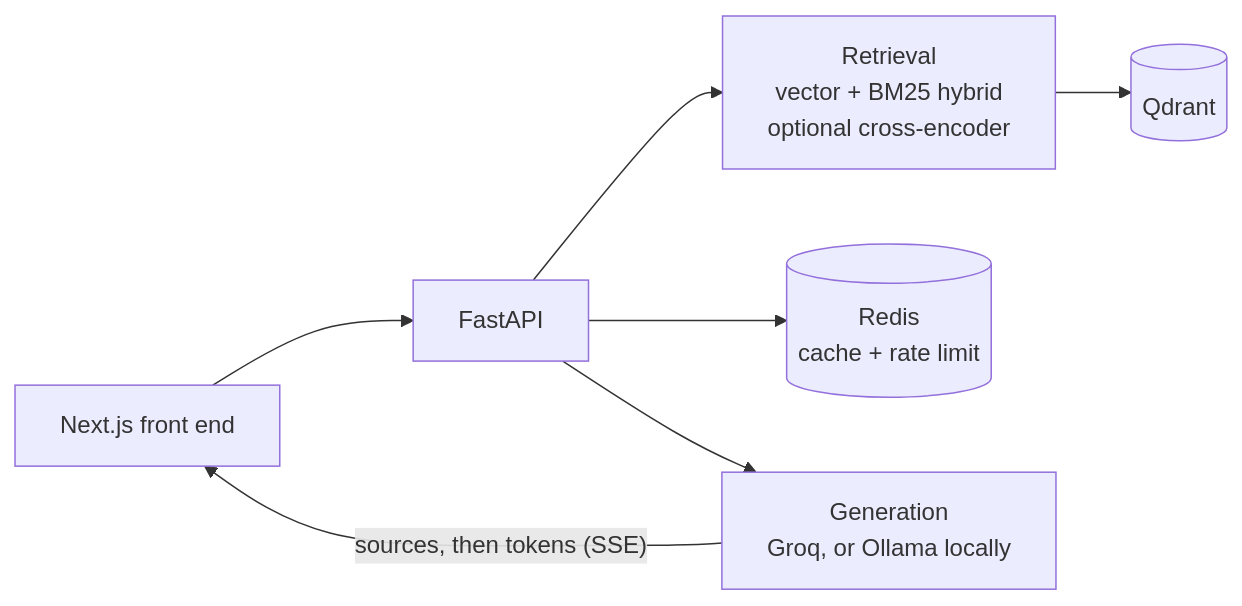
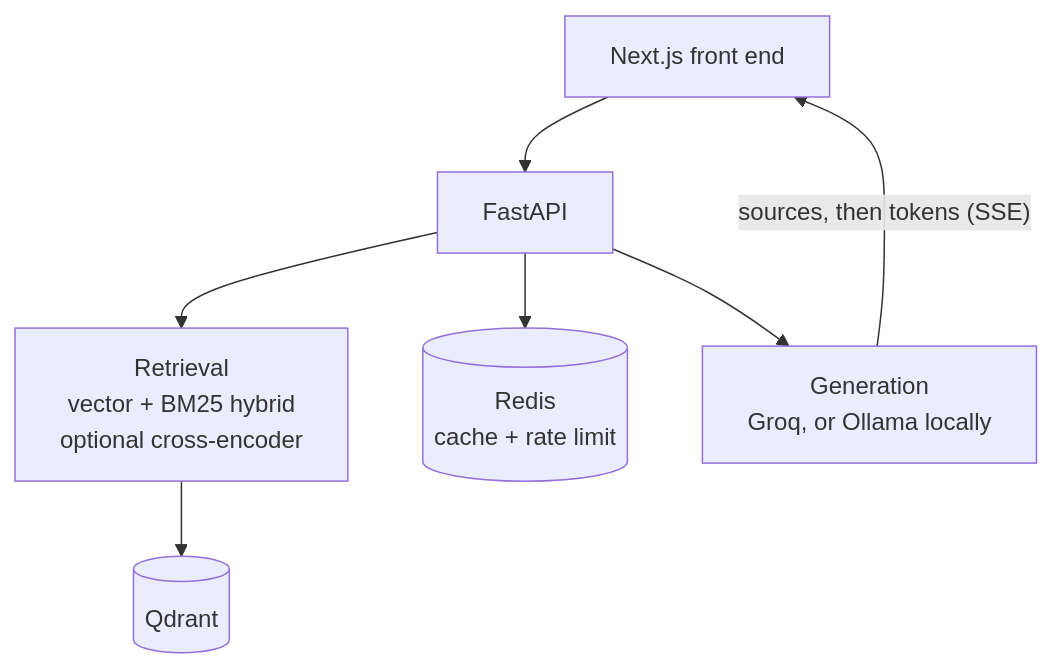
The diagram in README.md (Exalt24/enterprise-rag-knowledge-base), drawn with Mermaid before and after one commit. The commit also changed other lines of this file, not shown here.

Commit message:
Remove the keep-alive badge from the README since that workflow renders as failing and it is not a test run, and draw the architecture top down so it fits a phone screen

````diff
--- a/README.md
+++ b/README.md
@@ -40,9 +38,9 @@
 ```mermaid
-flowchart LR
+flowchart TD
     UI["Next.js front end"] --> API["FastAPI"]
     API --> R["Retrieval<br/>vector + BM25 hybrid<br/>optional cross-encoder"]
     R --> Q[("Qdrant")]
     API --> C[("Redis<br/>cache + rate limit")]
     API --> G["Generation<br/>Groq, or Ollama locally"]
     G -- "sources, then tokens (SSE)" --> UI
 ```
````
